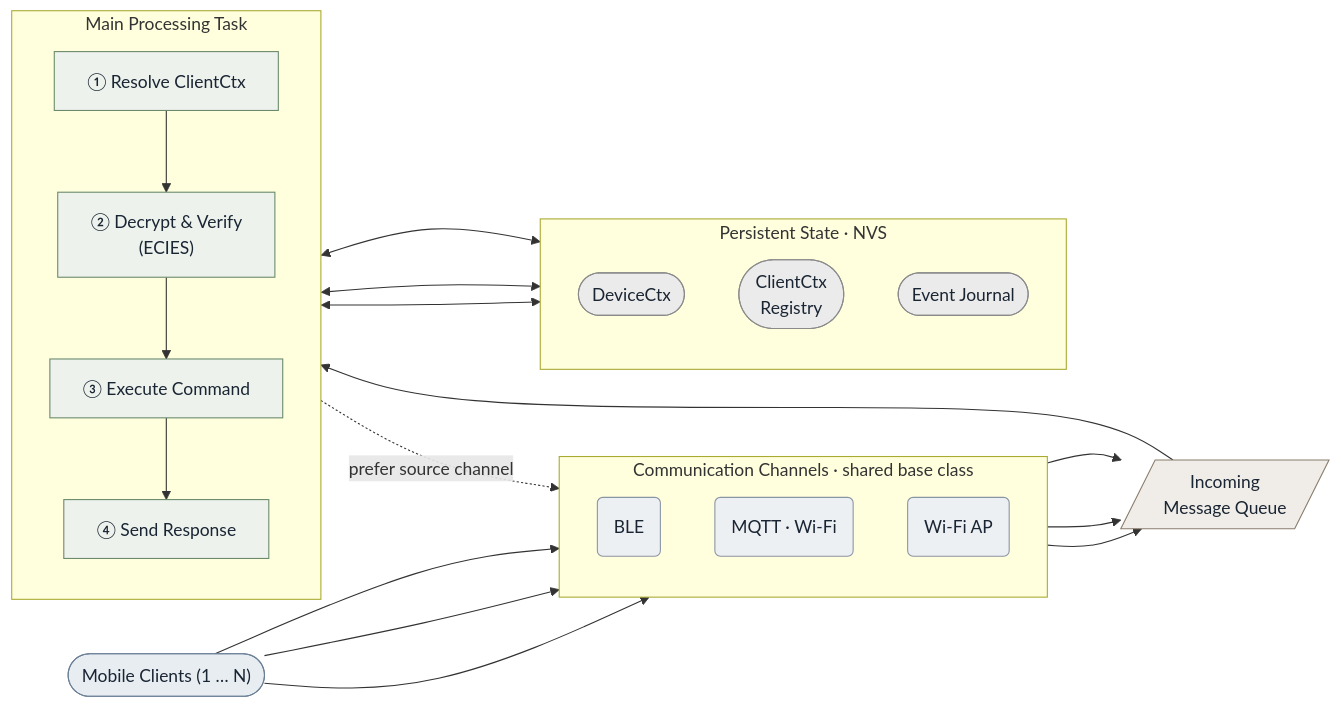
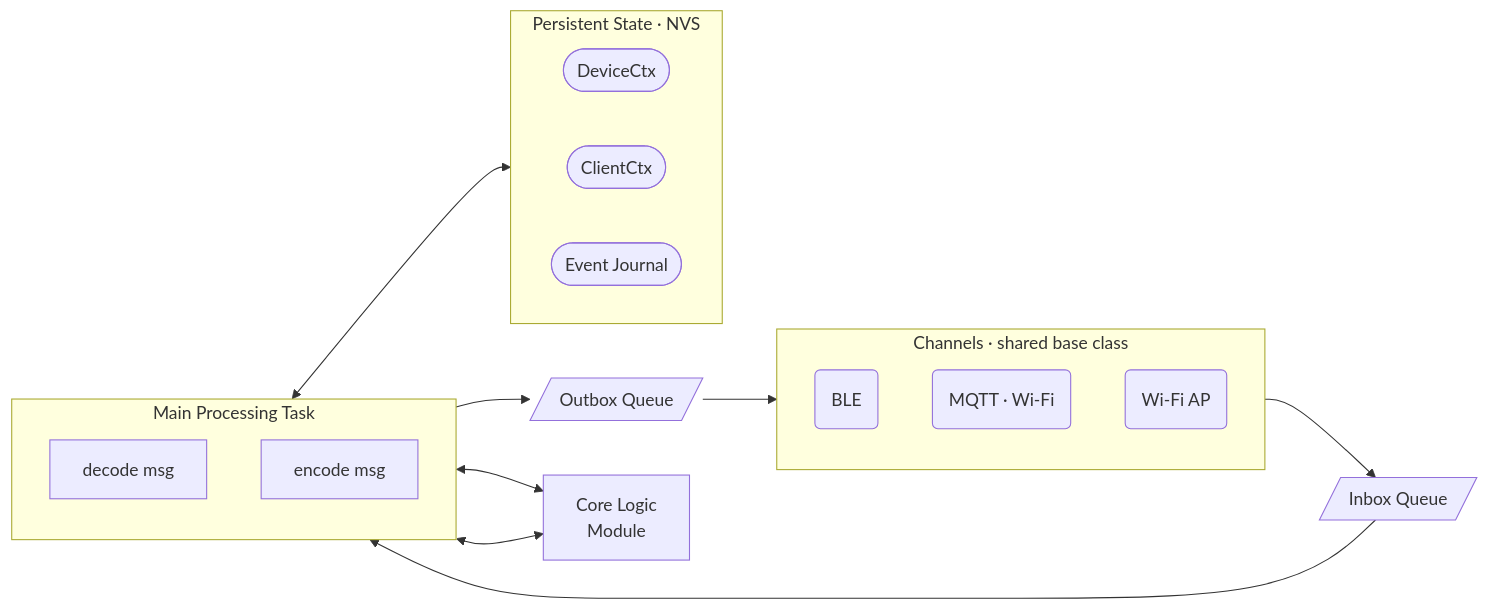
Before and after one commit to solomai/ESP32-TapGate: the diagram in tapgate_firmware/docs/architecture.md, drawn with Mermaid.

````diff
--- a/tapgate_firmware/docs/architecture.md
+++ b/tapgate_firmware/docs/architecture.md
@@ -13,41 +13,35 @@
 ```mermaid
 flowchart LR
-    classDef client  fill:#e8edf2,stroke:#6b7f96,color:#1a2533
-    classDef channel fill:#edf0f3,stroke:#8a95a3,color:#1a2533
-    classDef queue   fill:#f0ede8,stroke:#8a7d6b,color:#1a2533
-    classDef step    fill:#edf2ed,stroke:#6b8a6b,color:#1a2533
-    classDef store   fill:#ebebeb,stroke:#8a8a8a,color:#1a2533
-
-    APP(["Mobile Clients (1 … N)"]):::client
-
-    subgraph CH["Communication Channels  ·  shared base class"]
+    subgraph CH["Channels  ·  shared base class"]
         direction TB
-        BLE("BLE"):::channel
-        MQTT("MQTT · Wi-Fi"):::channel
-        AP("Wi-Fi AP"):::channel
+        BLE("BLE")
+        MQTT("MQTT · Wi-Fi")
+        AP("Wi-Fi AP")
     end
 
-    Q[/"Incoming\nMessage Queue"/]:::queue
+    IQ[/"Inbox Queue"/]
+    OQ[/"Outbox Queue"/]
 
     subgraph TASK["Main Processing Task"]
         direction TB
-        T1["① Resolve ClientCtx"]:::step
-        T2["② Decrypt & Verify\n(ECIES)"]:::step
-        T3["③ Execute Command"]:::step
-        T4["④ Send Response"]:::step
-        T1 --> T2 --> T3 --> T4
+        DEC["decode msg"]
+        ENC["encode msg"]
     end
 
-    subgraph NVS["Persistent State · NVS"]
-        direction TB
-        DC(["DeviceCtx"]):::store
-        CC(["ClientCtx\nRegistry"]):::store
-        EJ(["Event Journal"]):::store
+    CL["Core Logic\nModule"]
+
+    subgraph CTX["Persistent State · NVS"]
+        direction LR
+        DCTX(["DeviceCtx"])
+        CCTX(["ClientCtx"])
+        EJ(["Event Journal"])
     end
 
-    APP --> BLE & MQTT & AP
-    BLE & MQTT & AP --> Q
-    Q --> T1
-    T4 -.->|"prefer source channel"| CH
-    T3 <--> DC & CC & EJ
+    CH  --> IQ
+    OQ  --> CH
+    IQ  --> DEC
+    ENC --> OQ
+    DEC <--> CL
+    ENC <--> CL
+    TASK <--> CTX
 ```
````
